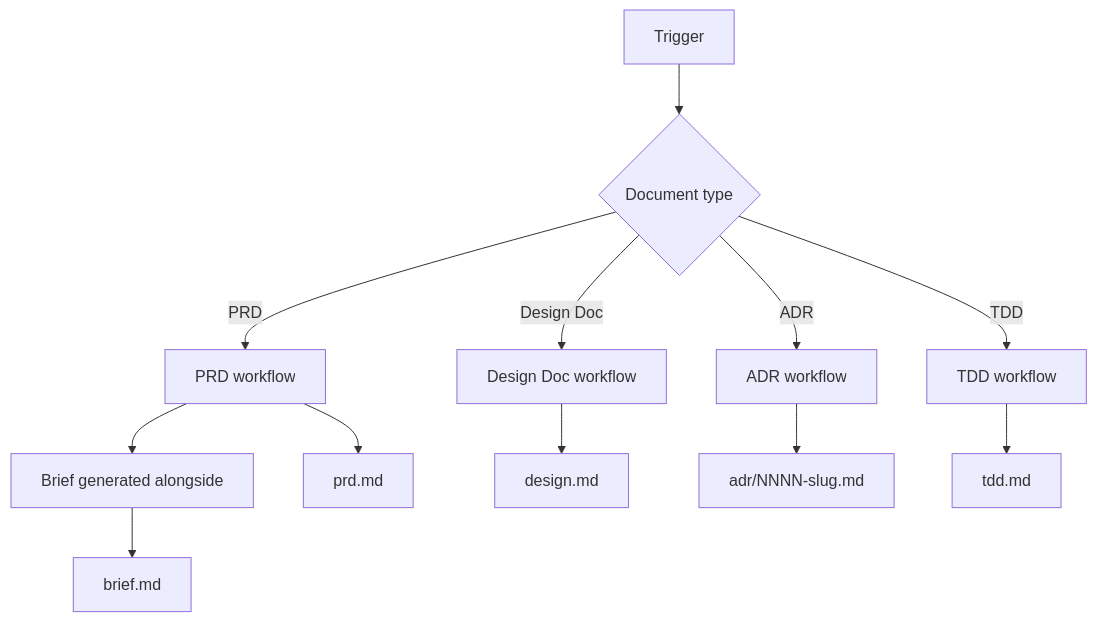
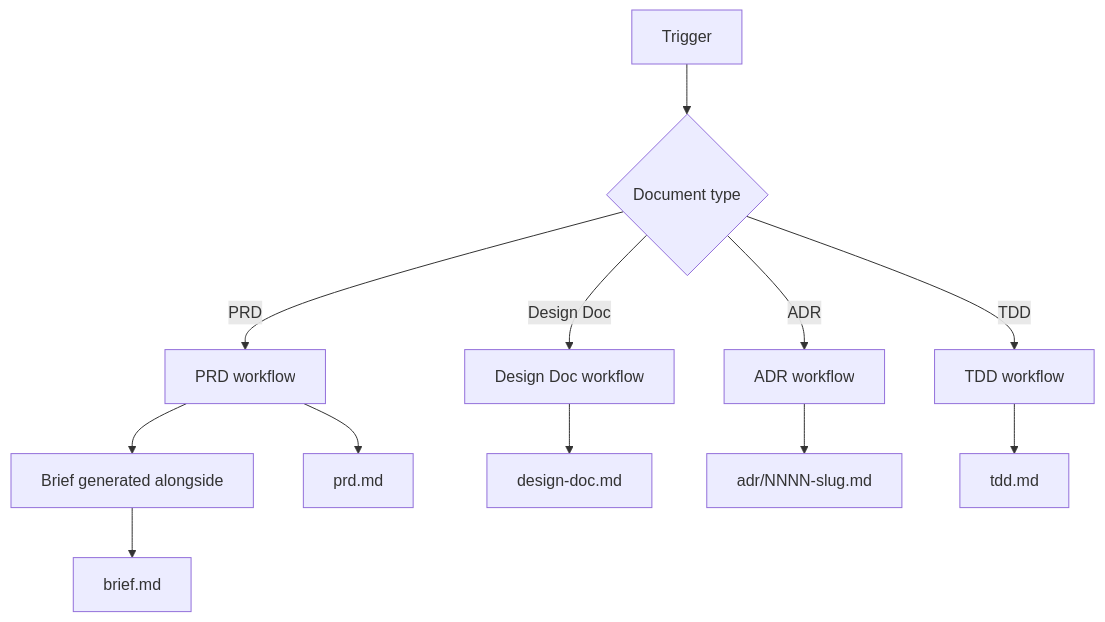
Before and after one commit to adeonir/agent-skills: the diagram in skills/product/docs-writer/README.md, drawn with Mermaid. The commit also changed other lines of this file and 7 other files, not shown here.

````diff
--- a/skills/product/docs-writer/README.md
+++ b/skills/product/docs-writer/README.md
@@ -10,14 +10,14 @@
 ```mermaid
 flowchart TD
     T[Trigger] --> R{Document type}
     R -->|PRD| PRD[PRD workflow]
     R -->|Design Doc| DD[Design Doc workflow]
     R -->|ADR| ADR[ADR workflow]
     R -->|TDD| TDD[TDD workflow]
     PRD --> B[Brief generated alongside]
     PRD --> P[prd.md]
     B --> BR[brief.md]
-    DD --> D[design.md]
+    DD --> D[design-doc.md]
     ADR --> A[adr/NNNN-slug.md]
     TDD --> T2[tdd.md]
 ```
````
